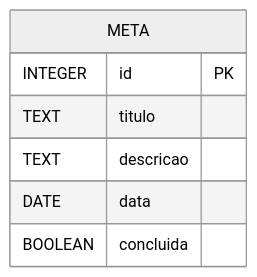
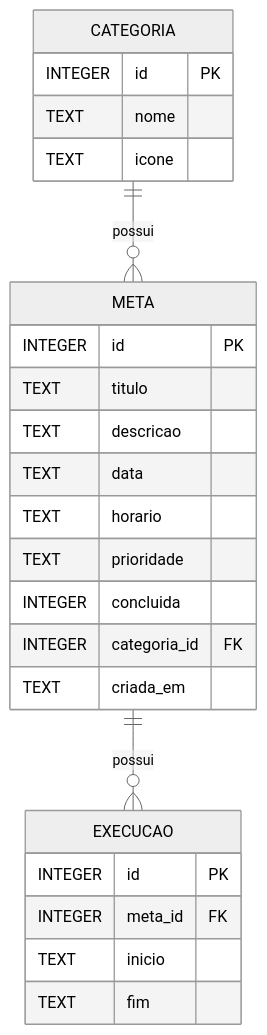
One commit to larigm/can-do changed the diagram in README.md. Above: the diagram before and after it, drawn with Mermaid (neutral theme). The commit also changed other lines of this file, not shown here.

````diff
--- a/README.md
+++ b/README.md
@@ -33,10 +145,31 @@
 ```mermaid
 erDiagram
+
+    CATEGORIA ||--o{ META : possui
+    META ||--o{ EXECUCAO : possui
+
+    CATEGORIA {
+        INTEGER id PK
+        TEXT nome
+        TEXT icone
+    }
+
     META {
         INTEGER id PK
         TEXT titulo
         TEXT descricao
-        DATE data
-        BOOLEAN concluida
+        TEXT data
+        TEXT horario
+        TEXT prioridade
+        INTEGER concluida
+        INTEGER categoria_id FK
+        TEXT criada_em
+    }
+
+    EXECUCAO {
+        INTEGER id PK
+        INTEGER meta_id FK
+        TEXT inicio
+        TEXT fim
     }
 ```
````
